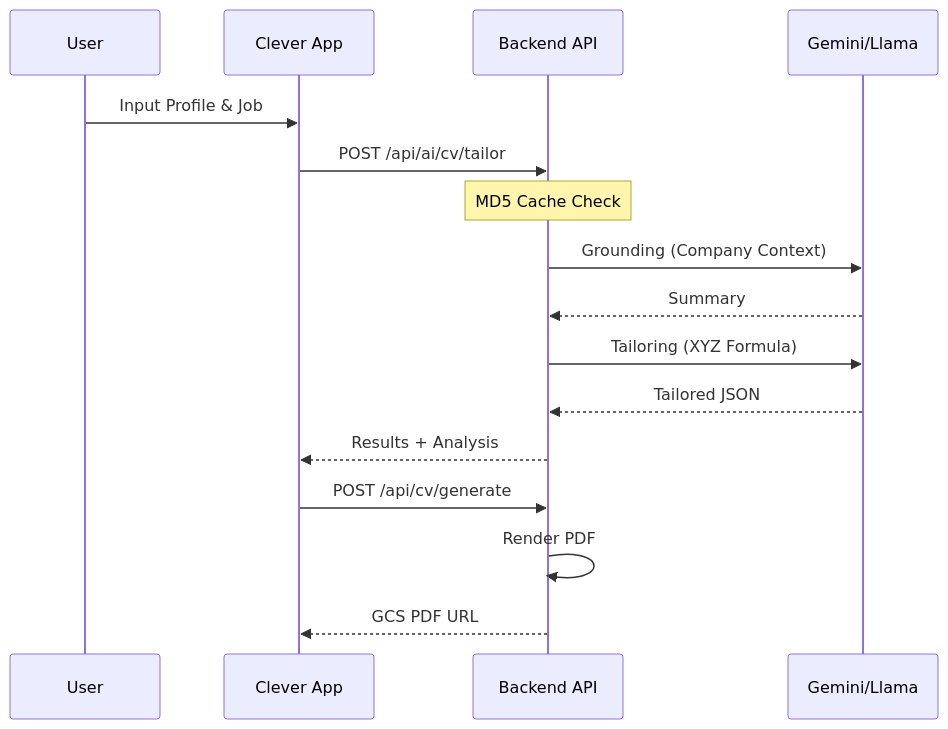
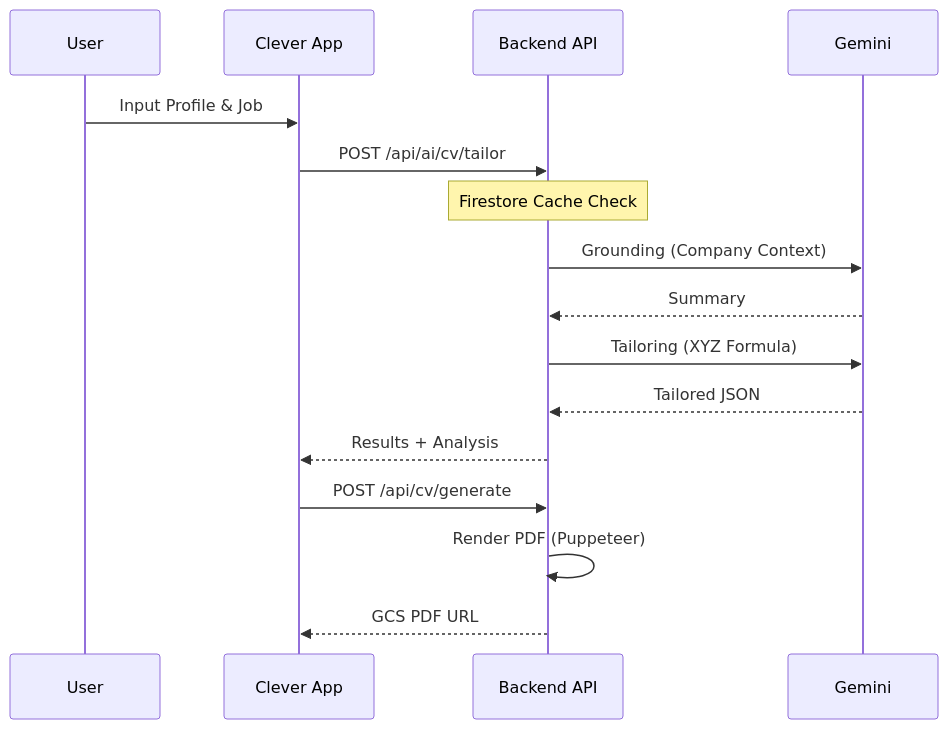
Before and after one commit to Amrlmlna/CleVer: the second of 2 diagrams in README.md, drawn with Mermaid. The commit also changed other lines of this file and 1 other file, not shown here.

````diff
--- a/README.md
+++ b/README.md
@@ -88,19 +84,19 @@
 ```mermaid
 sequenceDiagram
     participant User
     participant App as Clever App
     participant API as Backend API
-    participant AI as Gemini/Llama
+    participant AI as Gemini
 
     User->>App: Input Profile & Job
     App->>API: POST /api/ai/cv/tailor
-    Note over API: MD5 Cache Check
+    Note over API: Firestore Cache Check
     API->>AI: Grounding (Company Context)
     AI-->>API: Summary
     API->>AI: Tailoring (XYZ Formula)
     AI-->>API: Tailored JSON
     API-->>App: Results + Analysis
     App->>API: POST /api/cv/generate
-    API->>API: Render PDF
+    API->>API: Render PDF (Puppeteer)
     API-->>App: GCS PDF URL
 ```
````
